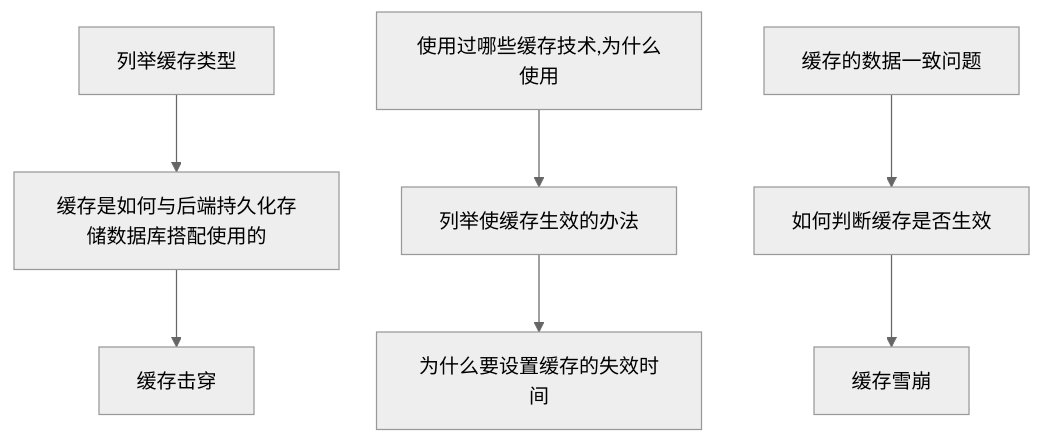
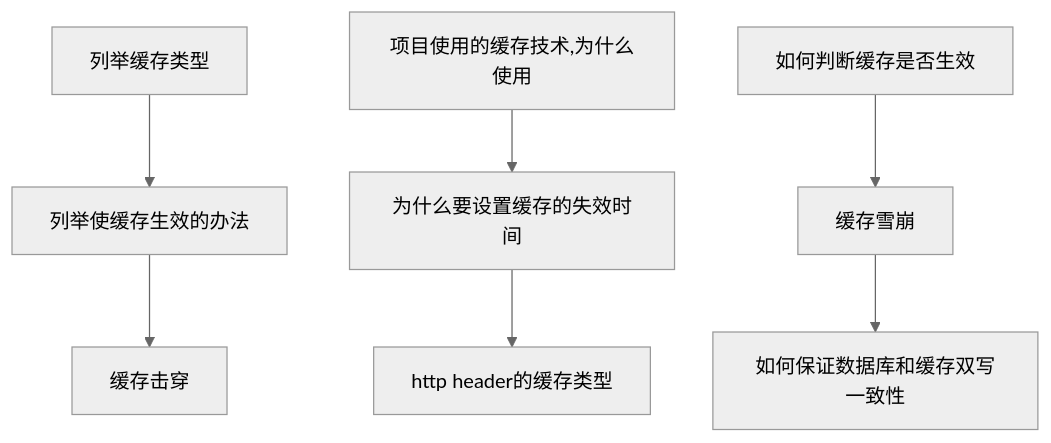
The fifth of 13 diagrams in interview_flow.md (Roxas/article), drawn with Mermaid (neutral theme) before and after one commit.

Commit message:
update cache question

````diff
--- a/interview_flow.md
+++ b/interview_flow.md
@@ -51,6 +51,6 @@
 ```mermaid
 graph TB
-    a[列举缓存类型] --> d[缓存是如何与后端持久化存储数据库搭配使用的] --> g[缓存击穿]
-    b[使用过哪些缓存技术,为什么使用] --> e[列举使缓存生效的办法] --> h[为什么要设置缓存的失效时间]
-    c[缓存的数据一致问题] --> f[如何判断缓存是否生效] --> i[缓存雪崩]
+    a[列举缓存类型] --> d[列举使缓存生效的办法] --> g[缓存击穿]
+    b[项目使用的缓存技术,为什么使用] --> e[为什么要设置缓存的失效时间] --> h[http header的缓存类型]
+    c[如何判断缓存是否生效] --> f[缓存雪崩] --> i[如何保证数据库和缓存双写一致性]
 ```
````
